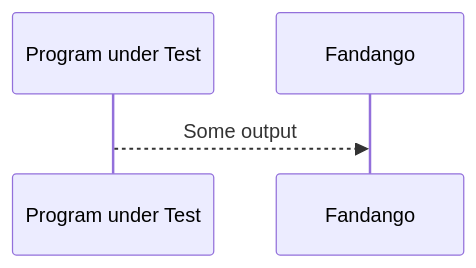
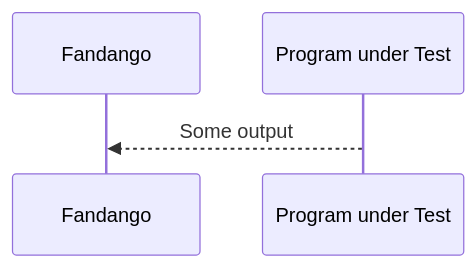
The second of 5 diagrams in docs/Outputs.md (fandango-fuzzer/fandango), drawn with Mermaid before and after one commit. The commit also changed other lines of this file, not shown here.

Commit message:
Better order of participants in sequence diagram

````diff
--- a/docs/Outputs.md
+++ b/docs/Outputs.md
@@ -39,4 +41,6 @@
 ```{mermaid}
 sequenceDiagram
+    participant Fandango
+    participant Program under Test
     Program under Test-->>Fandango: Some output
 ```
````
